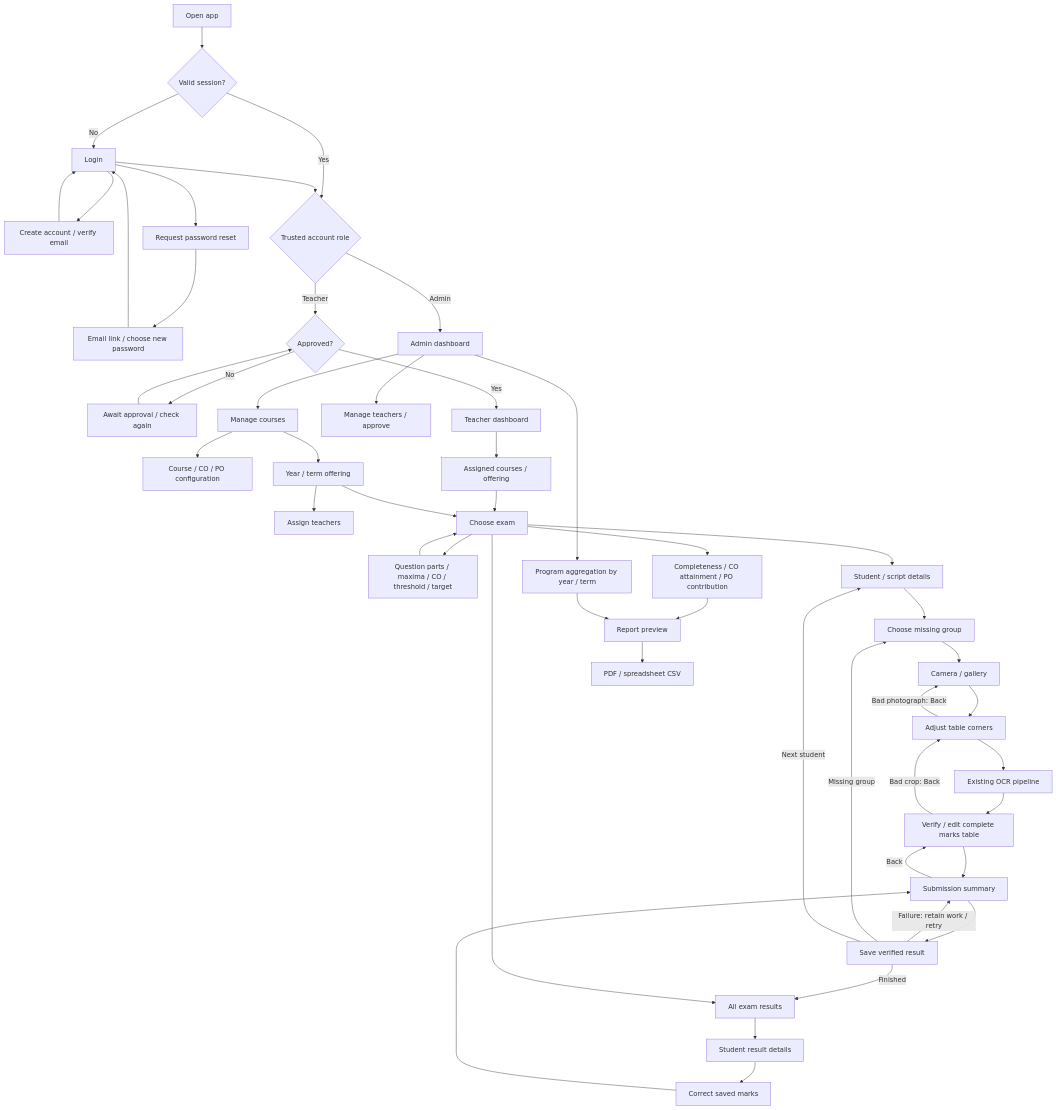
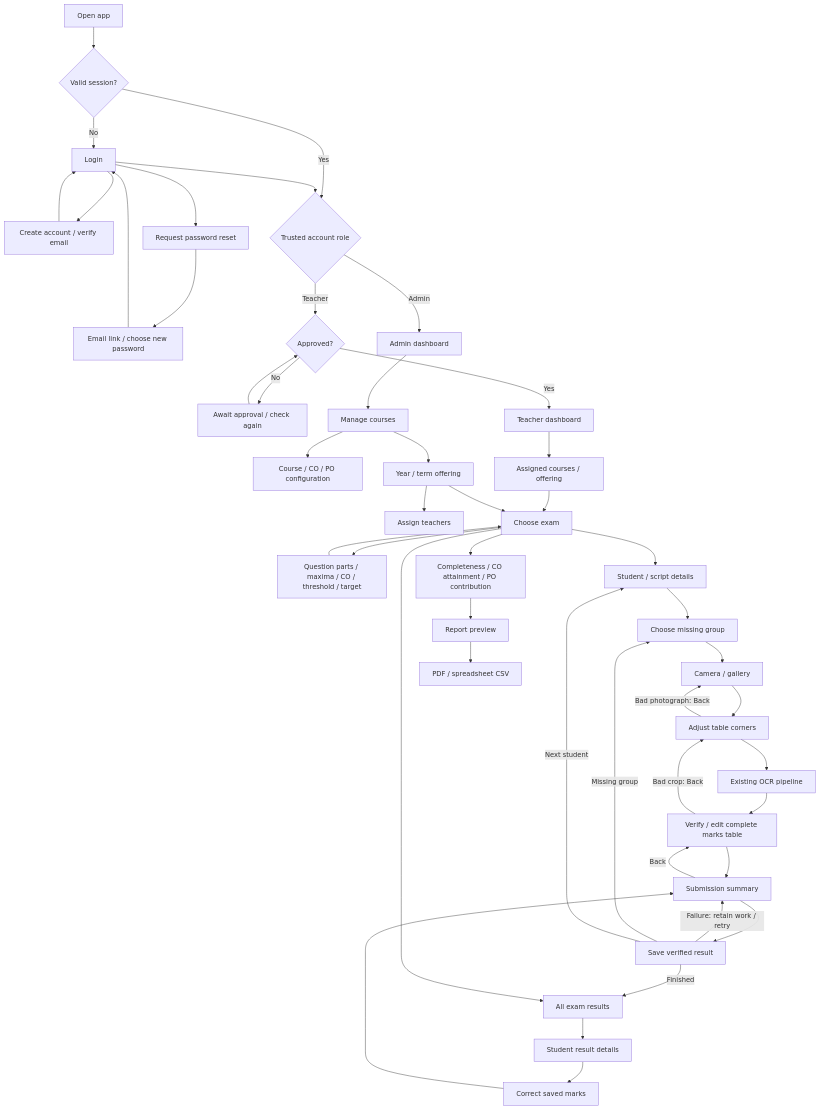
One commit to ullas-6575/OBE-Lens-X changed the diagram in docs/WORKFLOW.md. Above: the diagram before and after it, drawn with Mermaid. The commit also changed other lines of this file and 11 other files, not shown here.

````diff
--- a/docs/WORKFLOW.md
+++ b/docs/WORKFLOW.md
@@ -45,51 +46,48 @@
 ```mermaid
 flowchart TD
     Entry[Open app] --> Session{Valid session?}
     Session -->|No| Login
     Login --> Signup[Create account / verify email]
     Signup --> Login
     Login --> Reset[Request password reset]
     Reset --> Recovery[Email link / choose new password]
     Recovery --> Login
     Session -->|Yes| Role{Trusted account role}
     Login --> Role
     Role -->|Admin| Admin[Admin dashboard]
     Role -->|Teacher| Approval{Approved?}
     Approval -->|No| Pending[Await approval / check again]
     Pending --> Approval
     Approval -->|Yes| Teacher[Teacher dashboard]
-    Admin --> Teachers[Manage teachers / approve]
     Admin --> Courses[Manage courses]
     Courses --> Config[Course / CO / PO configuration]
     Courses --> Offering[Year / term offering]
     Offering --> Assign[Assign teachers]
     Teacher --> Assigned[Assigned courses / offering]
     Assigned --> Exam[Choose exam]
     Offering --> Exam
     Exam --> Mapping[Question parts / maxima / CO / threshold / target]
     Mapping --> Exam
     Exam --> Student[Student / script details]
     Student --> Group[Choose missing group]
     Group --> Photo[Camera / gallery]
     Photo --> Crop[Adjust table corners]
     Crop --> Process[Existing OCR pipeline]
     Process --> Verify[Verify / edit complete marks table]
     Verify -->|Bad crop: Back| Crop
     Crop -->|Bad photograph: Back| Photo
     Verify --> Summary[Submission summary]
     Summary -->|Back| Verify
     Summary --> Save[Save verified result]
     Save -->|Failure: retain work / retry| Summary
     Save -->|Missing group| Group
     Save -->|Next student| Student
     Save -->|Finished| Results[All exam results]
     Exam --> Results
     Results --> Detail[Student result details]
     Detail --> Correct[Correct saved marks]
     Correct --> Summary
     Exam --> Report[Completeness / CO attainment / PO contribution]
     Report --> Preview[Report preview]
     Preview --> Export[PDF / spreadsheet CSV]
-    Admin --> Program[Program aggregation by year / term]
-    Program --> Preview
 ```
````
